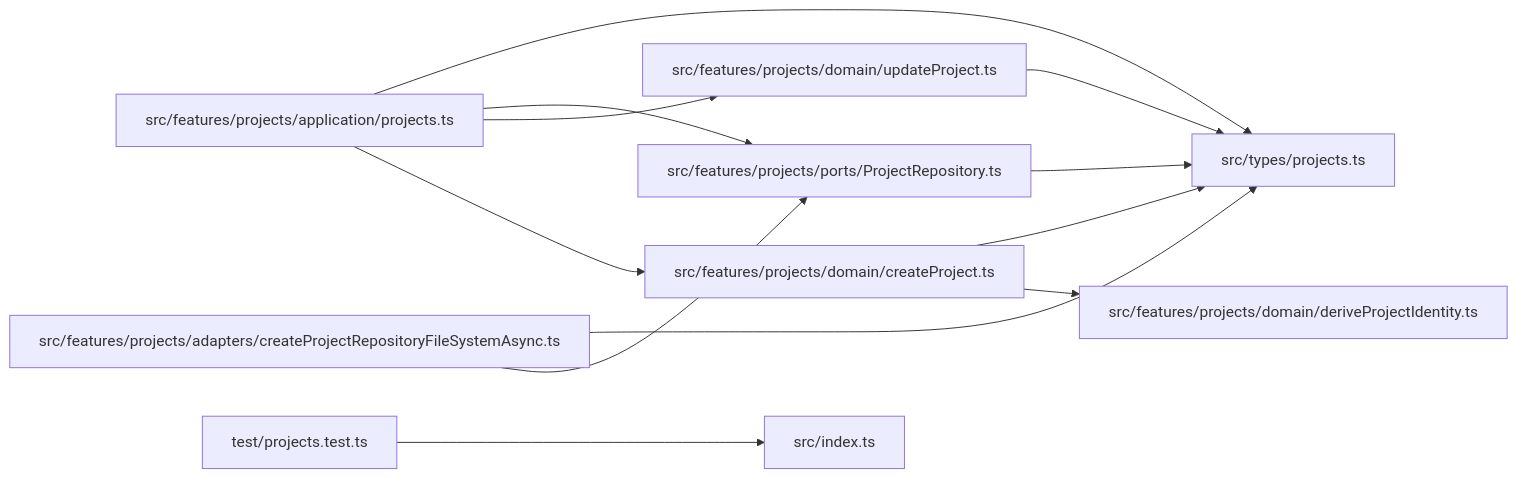
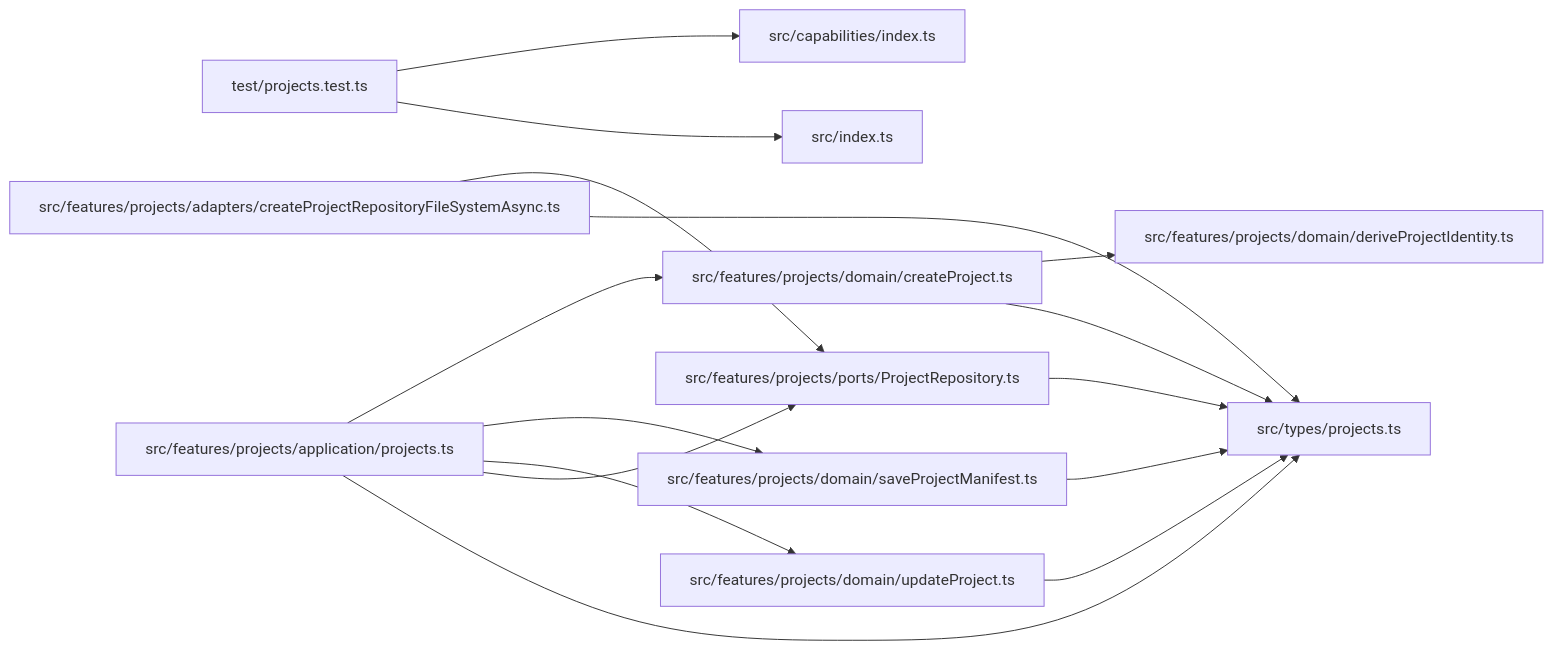
Before and after one commit to ankhorage/projects: the diagram in paradox/diagrams/module-relationships.mmd, drawn with Mermaid. The commit also changed 13 other files, not shown here.

```diff
--- a/paradox/diagrams/module-relationships.mmd
+++ b/paradox/diagrams/module-relationships.mmd
@@ -1,21 +1,26 @@
 graph LR
+  module_src_capabilities_index_ts["src/capabilities/index.ts"]
   module_src_features_projects_adapters_createProjectRepositoryFileSystemAsync_ts["src/features/projects/adapters/createProjectRepositoryFileSystemAsync.ts"]
   module_src_features_projects_application_projects_ts["src/features/projects/application/projects.ts"]
   module_src_features_projects_domain_createProject_ts["src/features/projects/domain/createProject.ts"]
   module_src_features_projects_domain_deriveProjectIdentity_ts["src/features/projects/domain/deriveProjectIdentity.ts"]
+  module_src_features_projects_domain_saveProjectManifest_ts["src/features/projects/domain/saveProjectManifest.ts"]
   module_src_features_projects_domain_updateProject_ts["src/features/projects/domain/updateProject.ts"]
   module_src_features_projects_ports_ProjectRepository_ts["src/features/projects/ports/ProjectRepository.ts"]
   module_src_index_ts["src/index.ts"]
   module_src_types_projects_ts["src/types/projects.ts"]
   module_test_projects_test_ts["test/projects.test.ts"]
   module_src_features_projects_adapters_createProjectRepositoryFileSystemAsync_ts --> module_src_features_projects_ports_ProjectRepository_ts
   module_src_features_projects_adapters_createProjectRepositoryFileSystemAsync_ts --> module_src_types_projects_ts
   module_src_features_projects_application_projects_ts --> module_src_features_projects_domain_createProject_ts
+  module_src_features_projects_application_projects_ts --> module_src_features_projects_domain_saveProjectManifest_ts
   module_src_features_projects_application_projects_ts --> module_src_features_projects_domain_updateProject_ts
   module_src_features_projects_application_projects_ts --> module_src_features_projects_ports_ProjectRepository_ts
   module_src_features_projects_application_projects_ts --> module_src_types_projects_ts
   module_src_features_projects_domain_createProject_ts --> module_src_features_projects_domain_deriveProjectIdentity_ts
   module_src_features_projects_domain_createProject_ts --> module_src_types_projects_ts
+  module_src_features_projects_domain_saveProjectManifest_ts --> module_src_types_projects_ts
   module_src_features_projects_domain_updateProject_ts --> module_src_types_projects_ts
   module_src_features_projects_ports_ProjectRepository_ts --> module_src_types_projects_ts
+  module_test_projects_test_ts --> module_src_capabilities_index_ts
   module_test_projects_test_ts --> module_src_index_ts
```
